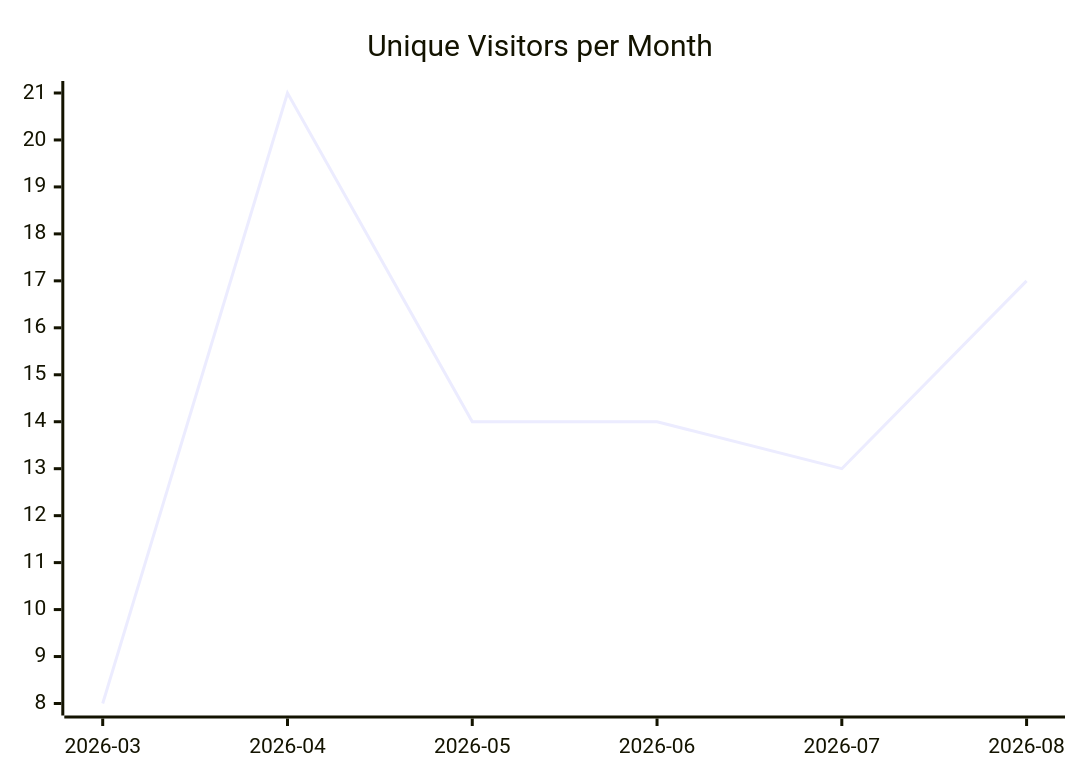
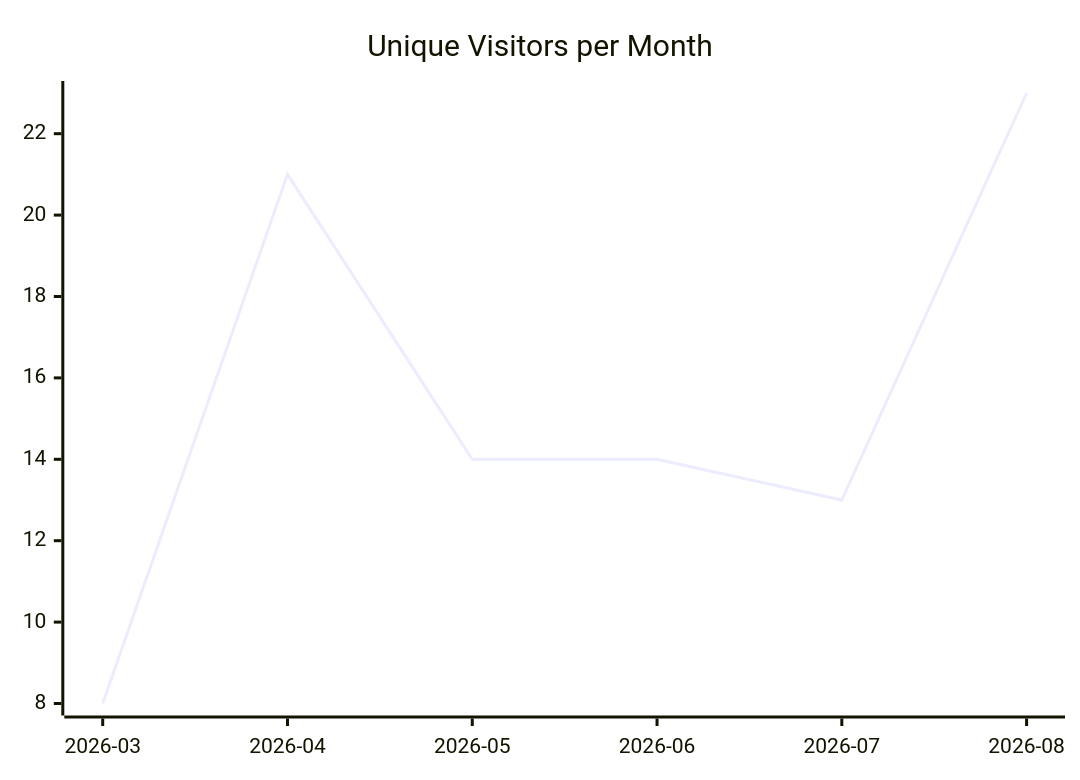
One commit to justdavis-family/github-analytics-data changed the first of 3 diagrams in karlmdavis/ksoap2-android/README.md. Above: the diagram before and after it, drawn with Mermaid. The commit also changed other lines of this file and 190 other files, not shown here.

````diff
--- a/karlmdavis/ksoap2-android/README.md
+++ b/karlmdavis/ksoap2-android/README.md
@@ -5,6 +5,6 @@
 ```mermaid
 xychart-beta
   title "Unique Visitors per Month"
   x-axis ["2026-03", "2026-04", "2026-05", "2026-06", "2026-07", "2026-08"]
-  line [8, 21, 14, 14, 13, 17]
+  line [8, 21, 14, 14, 13, 23]
 ```
````
